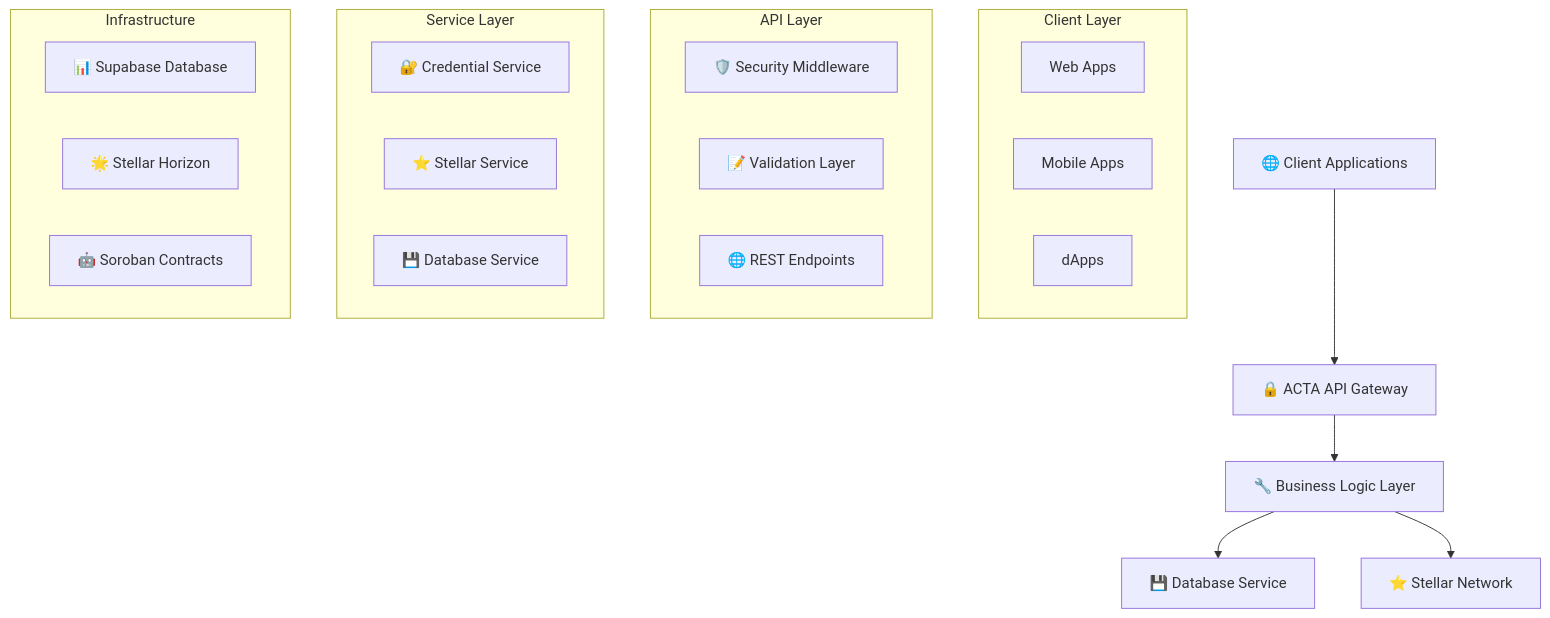
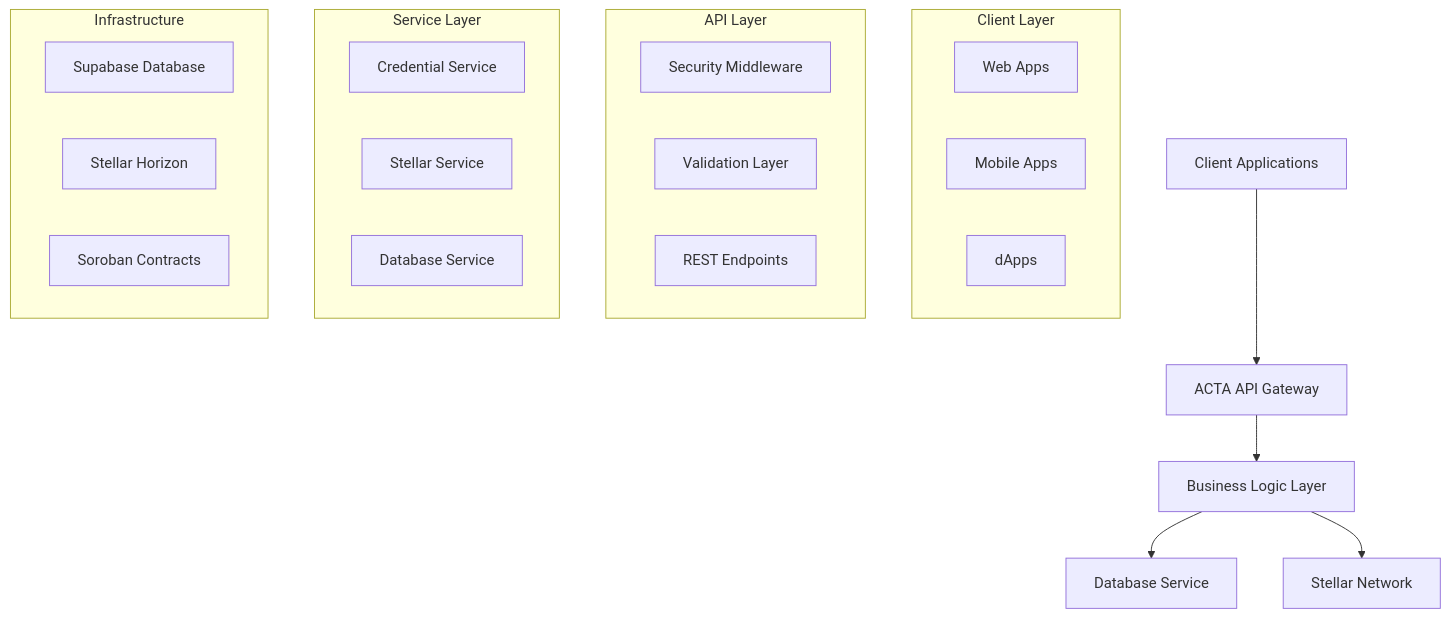
The diagram in README.md (ACTA-Team/docs), drawn with Mermaid before and after one commit. The commit also changed other lines of this file and 9 other files, not shown here.

````diff
--- a/README.md
+++ b/README.md
@@ -89,31 +89,31 @@
 ```mermaid
 graph TB
-    A[🌐 Client Applications] --> B[🔒 ACTA API Gateway]
-    B --> C[🔧 Business Logic Layer]
-    C --> D[💾 Database Service]
-    C --> E[⭐ Stellar Network]
+    A[Client Applications] --> B[ACTA API Gateway]
+    B --> C[Business Logic Layer]
+    C --> D[Database Service]
+    C --> E[Stellar Network]
     
     subgraph "Client Layer"
         A1[Web Apps]
         A2[Mobile Apps] 
         A3[dApps]
     end
     
     subgraph "API Layer"
-        B1[🛡️ Security Middleware]
-        B2[📝 Validation Layer]
-        B3[🌐 REST Endpoints]
+        B1[Security Middleware]
+        B2[Validation Layer]
+        B3[REST Endpoints]
     end
     
     subgraph "Service Layer"
-        C1[🔐 Credential Service]
-        C2[⭐ Stellar Service]
-        C3[💾 Database Service]
+        C1[Credential Service]
+        C2[Stellar Service]
+        C3[Database Service]
     end
     
     subgraph "Infrastructure"
-        D1[📊 Supabase Database]
-        E1[🌟 Stellar Horizon]
-        E2[🤖 Soroban Contracts]
+        D1[Supabase Database]
+        E1[Stellar Horizon]
+        E2[Soroban Contracts]
     end
 ```
````
